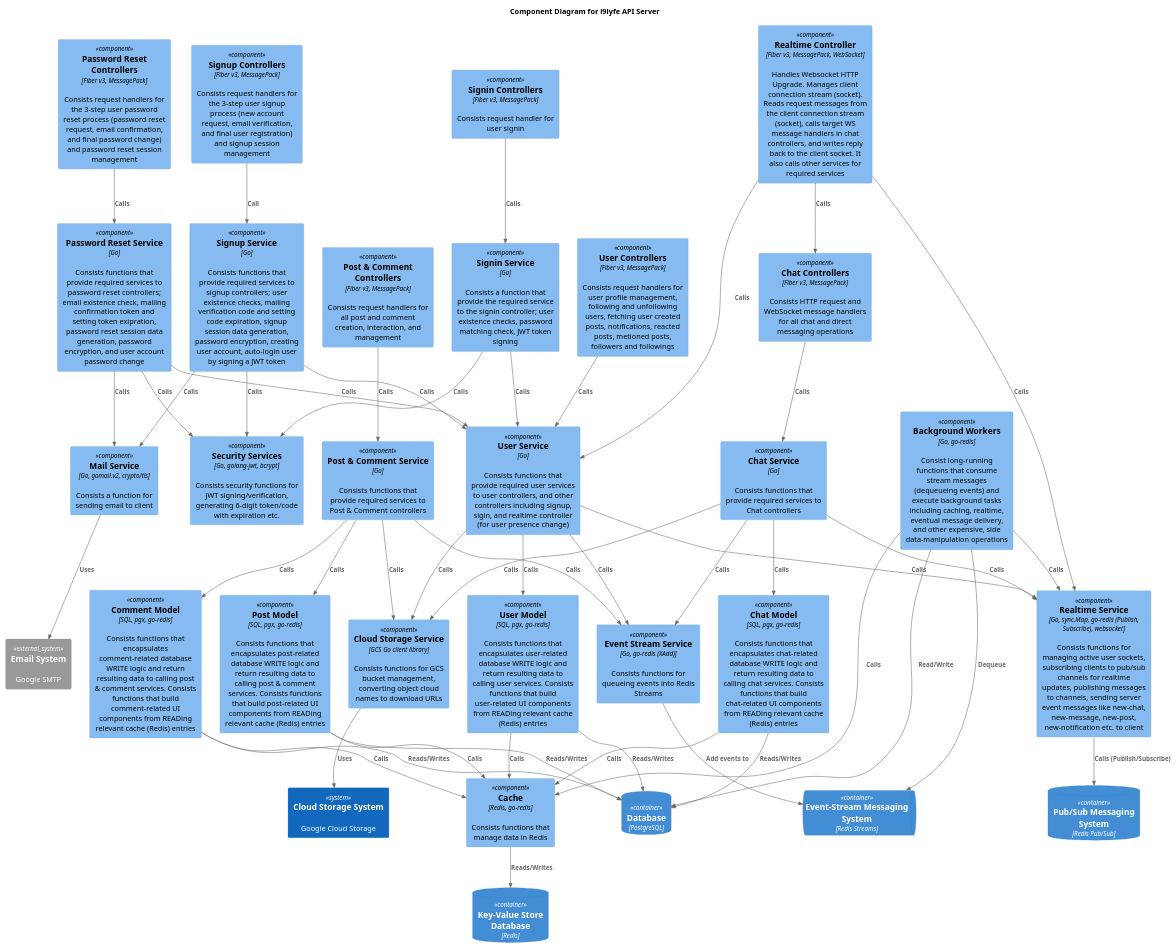
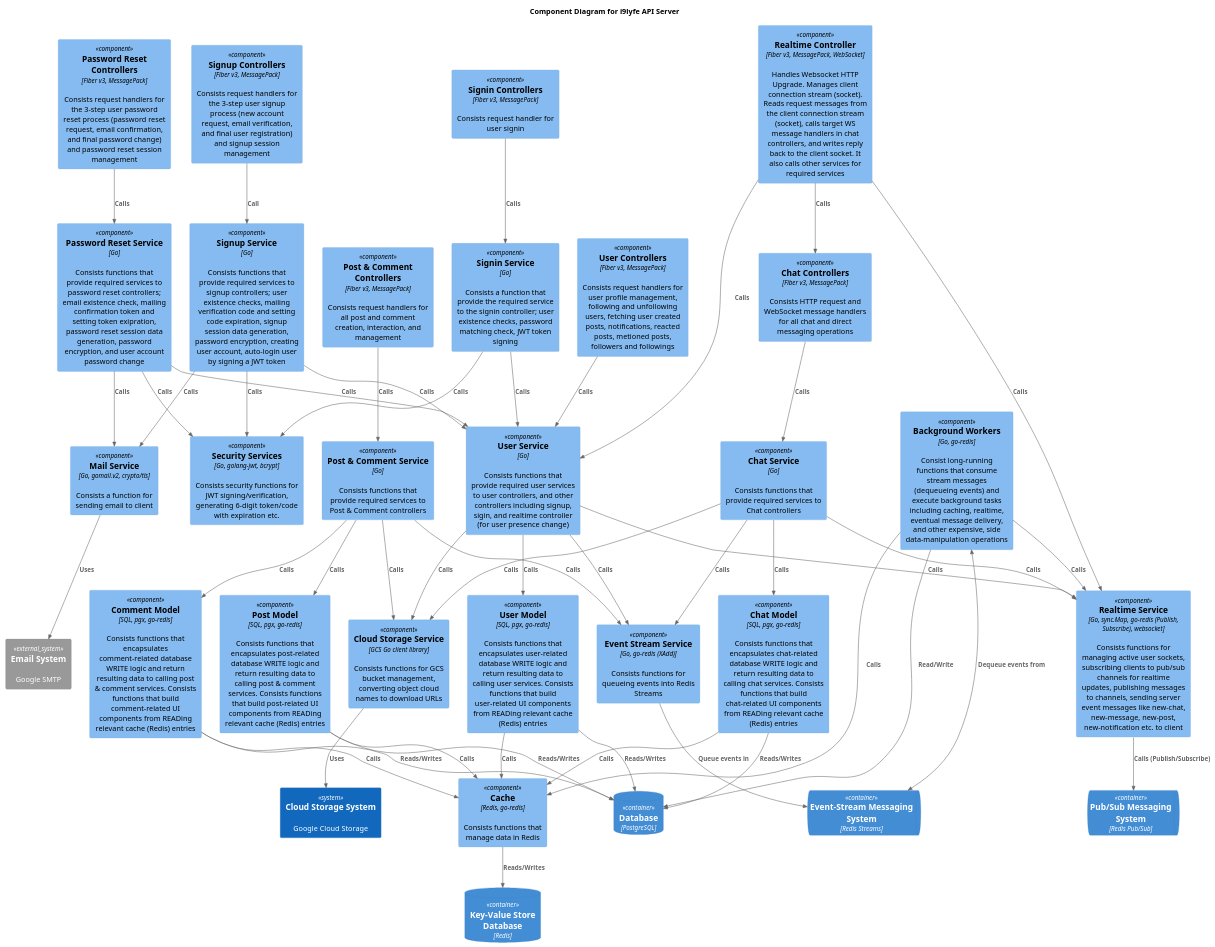
The diagram in diagrams/arch.pu (the-real-i9/i9lyfe-server), drawn with PlantUML before and after one commit. The commit also changed 3 other files, not shown here.

```diff
--- a/diagrams/arch.pu
+++ b/diagrams/arch.pu
@@ -1,100 +1,98 @@
 @startuml i9lyfe_api_arch
 !include <C4/C4_Component>
-
-' !includeurl https://raw.githubusercontent.com/plantuml-stdlib/C4-PlantUML/master/C4_Component.puml
 
 title Component Diagram for i9lyfe API Server
 
 ' Container(api, "i9lyfe API Server", "Go")
 
 System_Ext(emailSystem, "Email System", "Google SMTP")
 System(cloudStorageSystem, "Cloud Storage System", "Google Cloud Storage")
 
 ContainerDb(database, "Database", "PostgreSQL")
 ContainerDb(kvstore, "Key-Value Store Database", "Redis")
 ContainerQueue(eventStream, "Event-Stream Messaging System", "Redis Streams")
-ContainerDb(pubsubMS, "Pub/Sub Messaging System", "Redis Pub/Sub")
+ContainerQueue(pubsubMS, "Pub/Sub Messaging System", "Redis Pub/Sub")
 
 Component(cloudStorageService, "Cloud Storage Service", "GCS Go client library", "Consists functions for GCS bucket management, converting object cloud names to download URLs")
 Rel(cloudStorageService, cloudStorageSystem, "Uses")
 
 Component(cache, "Cache", "Redis, go-redis", "Consists functions that manage data in Redis")
 Rel(cache, kvstore, "Reads/Writes")
 
 Component(securityServices, "Security Services", "Go, golang-jwt, bcrypt", "Consists security functions for JWT signing/verification, generating 6-digit token/code with expiration etc.")
 Component(mailService, "Mail Service", "Go, gomail.v2, crypto/tls", "Consists a function for sending email to client")
 Component(eventStreamService, "Event Stream Service", "Go, go-redis (XAdd)", "Consists functions for queueing events into Redis Streams")
 Rel(mailService, emailSystem, "Uses")
-Rel(eventStreamService, eventStream, "Add events to")
+Rel(eventStreamService, eventStream, "Queue events in")
 
 Component(realtimeService, "Realtime Service", "Go, sync.Map, go-redis (Publish, Subscribe), websocket", "Consists functions for managing active user sockets, subscribing clients to pub/sub channels for realtime updates, publishing messages to channels, sending server event messages like new-chat, new-message, new-post, new-notification etc. to client")
 Rel(realtimeService, pubsubMS, "Calls (Publish/Subscribe)")
 
 Component(userControllers, "User Controllers", "Fiber v3, MessagePack", "Consists request handlers for user profile management, following and unfollowing users, fetching user created posts, notifications, reacted posts, metioned posts, followers and followings")
 Component(userService, "User Service", "Go", "Consists functions that provide required user services to user controllers, and other controllers including signup, sigin, and realtime controller (for user presence change)")
 Component(userModel, "User Model", "SQL, pgx, go-redis", "Consists functions that encapsulates user-related database WRITE logic and return resulting data to calling user services. Consists functions that build user-related UI components from READing relevant cache (Redis) entries")
 Rel(userControllers, userService, "Calls")
 Rel(userService, userModel, "Calls")
 Rel(userService, cloudStorageService, "Calls")
 Rel(userModel, database, "Reads/Writes")
 Rel(userModel, cache, "Calls")
 Rel(userService, realtimeService, "Calls")
 Rel(userService, eventStreamService, "Calls")
 
 Component(signupControllers, "Signup Controllers", "Fiber v3, MessagePack", "Consists request handlers for the 3-step user signup process (new account request, email verification, and final user registration) and signup session management")
 Component(signupService, "Signup Service", "Go", "Consists functions that provide required services to signup controllers; user existence checks, mailing verification code and setting code expiration, signup session data generation, password encryption, creating user account, auto-login user by signing a JWT token")
 Rel(signupControllers, signupService, "Call")
 Rel(signupService, userService, "Calls")
 Rel(signupService, securityServices, "Calls")
 Rel(signupService, mailService, "Calls")
 
 Component(signinControllers, "Signin Controllers", "Fiber v3, MessagePack", "Consists request handler for user signin")
 Component(signinService, "Signin Service", "Go", "Consists a function that provide the required service to the signin controller; user existence checks, password matching check, JWT token signing")
 Rel(signinControllers, signinService, "Calls")
 Rel(signinService, userService, "Calls")
 Rel(signinService, securityServices, "Calls")
 
 Component(passwordResetControllers, "Password Reset Controllers", "Fiber v3, MessagePack", "Consists request handlers for the 3-step user password reset process (password reset request, email confirmation, and final password change) and password reset session management")
 Component(passwordResetService, "Password Reset Service", "Go", "Consists functions that provide required services to password reset controllers; email existence check, mailing confirmation token and setting token exipration, password reset session data generation, password encryption, and user account password change")
 Rel(passwordResetControllers, passwordResetService, "Calls")
 Rel(passwordResetService, userService, "Calls")
 Rel(passwordResetService, securityServices, "Calls")
 Rel(passwordResetService, mailService, "Calls")
 
 Component(postCommentControllers, "Post & Comment Controllers", "Fiber v3, MessagePack", "Consists request handlers for all post and comment creation, interaction, and management")
 Component(postCommentService, "Post & Comment Service", "Go", "Consists functions that provide required services to Post & Comment controllers")
 Component(postModel, "Post Model", "SQL, pgx, go-redis", "Consists functions that encapsulates post-related database WRITE logic and return resulting data to calling post & comment services. Consists functions that build post-related UI components from READing relevant cache (Redis) entries")
 Component(commentModel, "Comment Model", "SQL, pgx, go-redis", "Consists functions that encapsulates comment-related database WRITE logic and return resulting data to calling post & comment services. Consists functions that build comment-related UI components from READing relevant cache (Redis) entries")
 Rel(postCommentControllers, postCommentService, "Calls")
 Rel(postCommentService, postModel, "Calls")
 Rel(postCommentService, commentModel, "Calls")
 Rel(postCommentService, cloudStorageService, "Calls")
 Rel(postCommentService, eventStreamService, "Calls")
 Rel(postModel, database, "Reads/Writes")
 Rel(postModel, cache, "Calls")
 Rel(commentModel, database, "Reads/Writes")
 Rel(commentModel, cache, "Calls")
 
 Component(chatControllers, "Chat Controllers", "Fiber v3, MessagePack", "Consists HTTP request and WebSocket message handlers for all chat and direct messaging operations")
 Component(chatService, "Chat Service", "Go", "Consists functions that provide required services to Chat controllers")
 Component(chatModel, "Chat Model", "SQL, pgx, go-redis", "Consists functions that encapsulates chat-related database WRITE logic and return resulting data to calling chat services. Consists functions that build chat-related UI components from READing relevant cache (Redis) entries")
 Rel(chatControllers, chatService, "Calls")
 Rel(chatService, chatModel, "Calls")
 Rel(chatService, realtimeService, "Calls")
 Rel(chatService, eventStreamService, "Calls")
 Rel(chatService, cloudStorageService, "Calls")
 Rel(chatModel, cache, "Calls")
 Rel(chatModel, database, "Reads/Writes")
 
 Component(realtimeController, "Realtime Controller", "Fiber v3, MessagePack, WebSocket", "Handles Websocket HTTP Upgrade. Manages client connection stream (socket). Reads request messages from the client connection stream (socket), calls target WS message handlers in chat controllers, and writes reply back to the client socket. It also calls other services for required services")
 Rel(realtimeController, chatControllers, "Calls")
 Rel(realtimeController, userService, "Calls")
 Rel(realtimeController, realtimeService, "Calls")
 
 Component(backgroundWorkers, "Background Workers", "Go, go-redis", "Consist long-running functions that consume stream messages (dequeueing events) and execute background tasks including caching, realtime, eventual message delivery, and other expensive, side data-manipulation operations")
-Rel(backgroundWorkers, eventStream, "Dequeue")
+BiRel(backgroundWorkers, eventStream, "Dequeue events from")
 Rel(backgroundWorkers, database, "Read/Write")
 Rel(backgroundWorkers, cache, "Calls")
 Rel(backgroundWorkers, realtimeService, "Calls")
 
 @enduml
```
